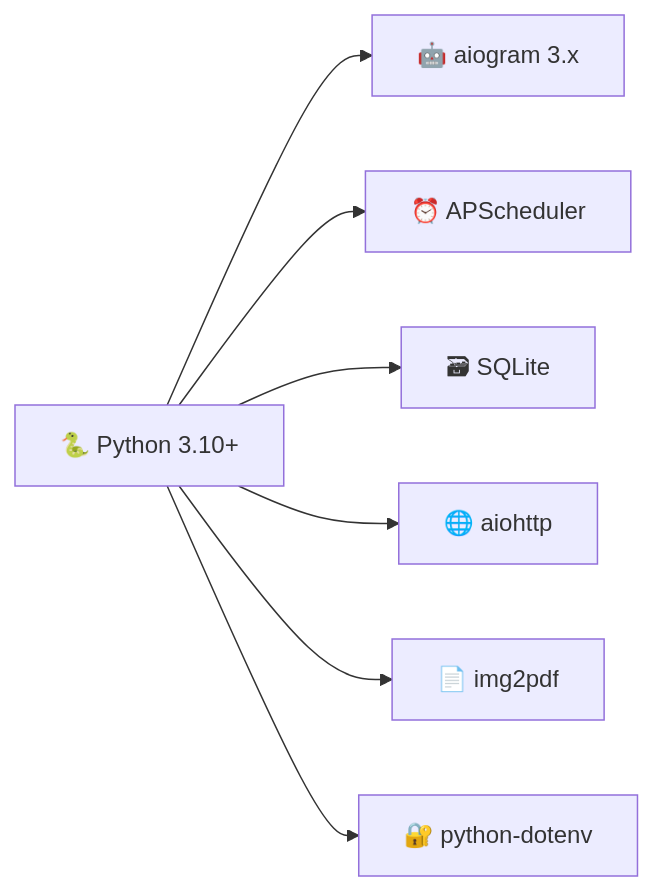
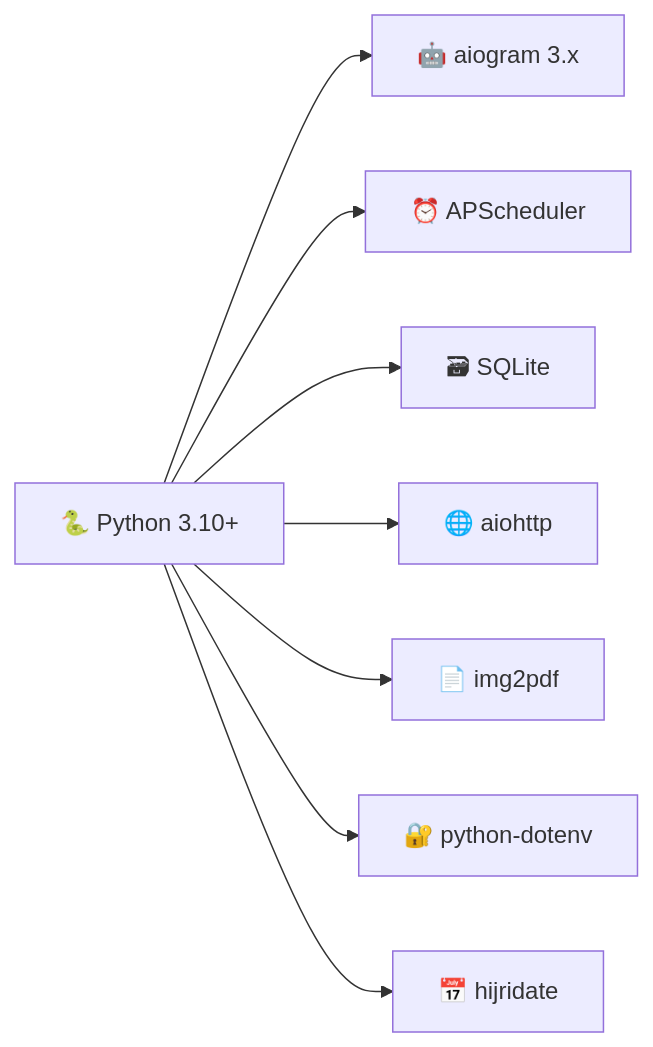
Before and after one commit to 0Ahmad0/quran_tele: the diagram in README.md, drawn with Mermaid. The commit also changed other lines of this file and 9 other files, not shown here.

````diff
--- a/README.md
+++ b/README.md
@@ -113,9 +155,10 @@
 ```mermaid
 graph LR
     A[🐍 Python 3.10+] --> B[🤖 aiogram 3.x]
     A --> C[⏰ APScheduler]
     A --> D[🗃 SQLite]
     A --> E[🌐 aiohttp]
     A --> F[📄 img2pdf]
     A --> G[🔐 python-dotenv]
+    A --> H[📅 hijridate]
 ```
````
